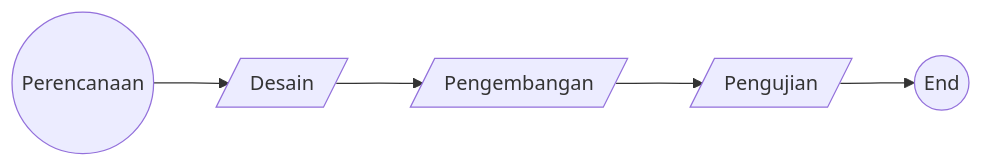
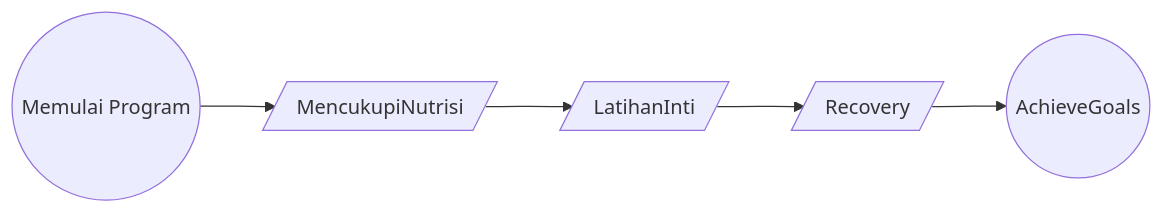
One commit to birongzah/lecture-notes changed the diagram in content/notes/xx1000/hello-world.md. Above: the diagram before and after it, drawn with Mermaid. The commit also changed other lines of this file and 2 other files, not shown here.

```diff
--- a/content/notes/xx1000/hello-world.md
+++ b/content/notes/xx1000/hello-world.md
@@ -64,12 +19,12 @@
 {{< mermaid >}}
 flowchart LR
-  B(("Perencanaan"))
-  I[/"Desain"/]
-  P[/"Pengembangan"/]
-  O[/"Pengujian"/]
-  E(("End"))
+  B(("Memulai Program"))
+  I[/"MencukupiNutrisi"/]
+  P[/"LatihanInti"/]
+  O[/"Recovery"/]
+  E(("AchieveGoals"))
   B --> I
   I --> P
   P --> O
   O --> E
 {{< /mermaid >}}
```
